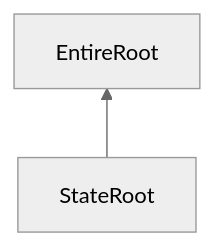
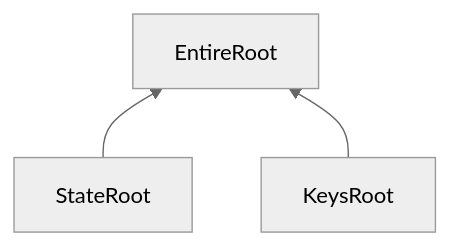
One commit to sunriselayer/interliquid-sdk changed the first of 3 diagrams in whitepaper/whitepaper.md. Above: the diagram before and after it, drawn with Mermaid (neutral theme). The commit also changed 1 other file, not shown here.

```diff
--- a/whitepaper/whitepaper.md
+++ b/whitepaper/whitepaper.md
@@ -161,4 +161,5 @@
 <div class="mermaid">
 graph BT
     State[StateRoot] --> Entire[EntireRoot]
+    Keys[KeysRoot] --> Entire
 </div>
```
